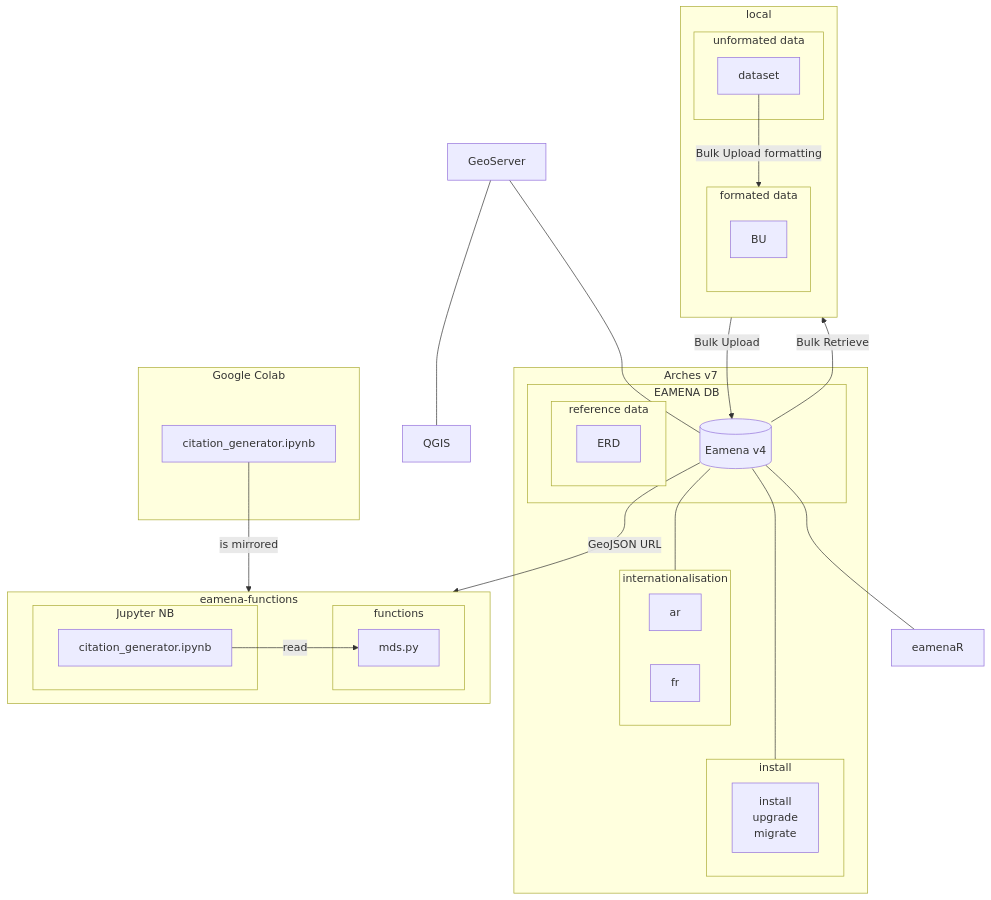
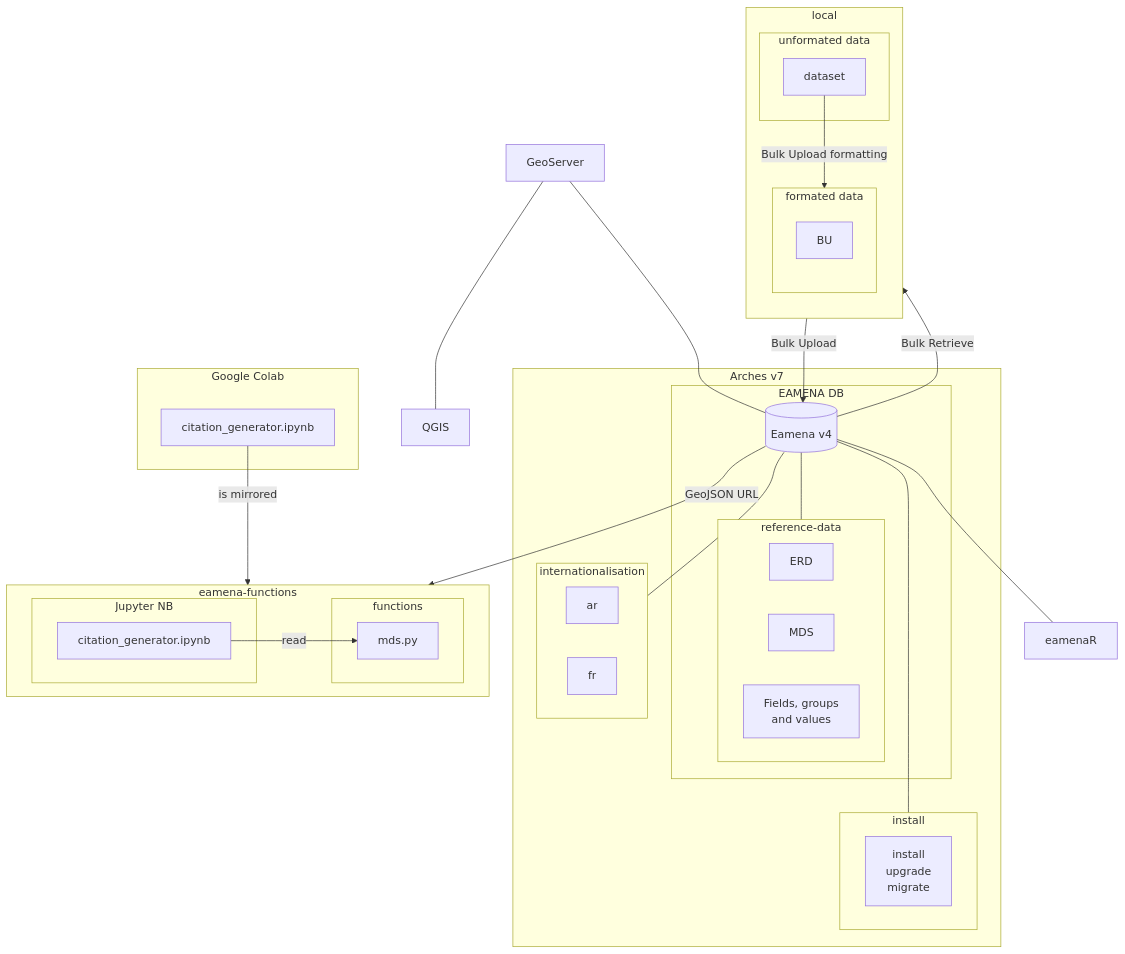
The diagram in dbs/database.eamena/README.md (eamena-project/eamena-arches-dev), drawn with Mermaid before and after one commit. The commit also changed 1 other file, not shown here.

````diff
--- a/dbs/database.eamena/README.md
+++ b/dbs/database.eamena/README.md
@@ -9,60 +9,63 @@
 ```mermaid
 flowchart
   subgraph Arches v7
     subgraph EAMENA DB
       ea[(Eamena v4)];
-      subgraph reference data
+      subgraph reference-data
         idr1[ERD];
+        idr2[MDS];
+        idr3[Fields, groups<br>and values];
       end
     end
     subgraph internationalisation
       id6[ar];
       id7[fr];
     end 
     subgraph install
       id8[install<br>upgrade<br>migrate];
     end 
   end
   id3[GeoServer] --- ea;
   id3 --- id4[QGIS];
   subgraph local
     direction TB
     subgraph unformated data
       id9A[dataset]
     end
     subgraph formated data
       direction TB
       id9A -- Bulk Upload formatting --> id9B[BU];
       id9B -- Bulk Upload --> ea;
       ea -- Bulk Retrieve --> id9B;
     end
   end
   subgraph eamena-functions
     direction LR
     subgraph functions
       idf1[mds.py]
     end
     subgraph Jupyter NB
       idf2[citation_generator.ipynb] -- read --> idf1
     end
   end
   subgraph Google Colab
     idg1[citation_generator.ipynb] -- is mirrored --> idf2
   end
   ea -- GeoJSON URL --> idf1
   ea --- id5[eamenaR];
   ea --- internationalisation
+  ea --- reference-data
   ea <--- install
 
   click idr1 "https://github.com/eamena-project/eamena-arches-dev/tree/main/dbs/database.eamena/data/reference_data" _blank
   click id6 "https://github.com/eamena-project/eamena-arches-dev/tree/main/dbs/database.eamena/internationalisation" _blank
   click id7 "https://github.com/eamena-project/eamena-arches-dev/tree/main/dbs/database.eamena/internationalisation" _blank
   click id8 "https://github.com/eamena-project/eamena-arches-dev/tree/main/dbs/database.eamena/install" _blank
   click id3 "https://github.com/eamena-project/eamena-arches-dev/tree/main/geoserver" _blank
   click id4 "https://github.com/eamena-project/eamena-arches-dev/tree/main/gis/qgis" _blank
   click idf1 "https://github.com/eamena-project/eamena-functions/blob/main/mds/mds.py" _blank
   click idf2 "https://github.com/eamena-project/eamena-arches-dev/blob/main/dev/citations/citation_generator.ipynb" _blank
   click idg1 "https://colab.research.google.com/github/eamena-project/eamena-arches-dev/blob/main/dev/citations/citation_generator.ipynb" _blank
   click id5 "https://github.com/eamena-project/eamenaR" _blank
   click id9B "https://github.com/eamena-project/eamena-arches-dev/tree/main/data/bulk#readme" _blank
 ```
````
